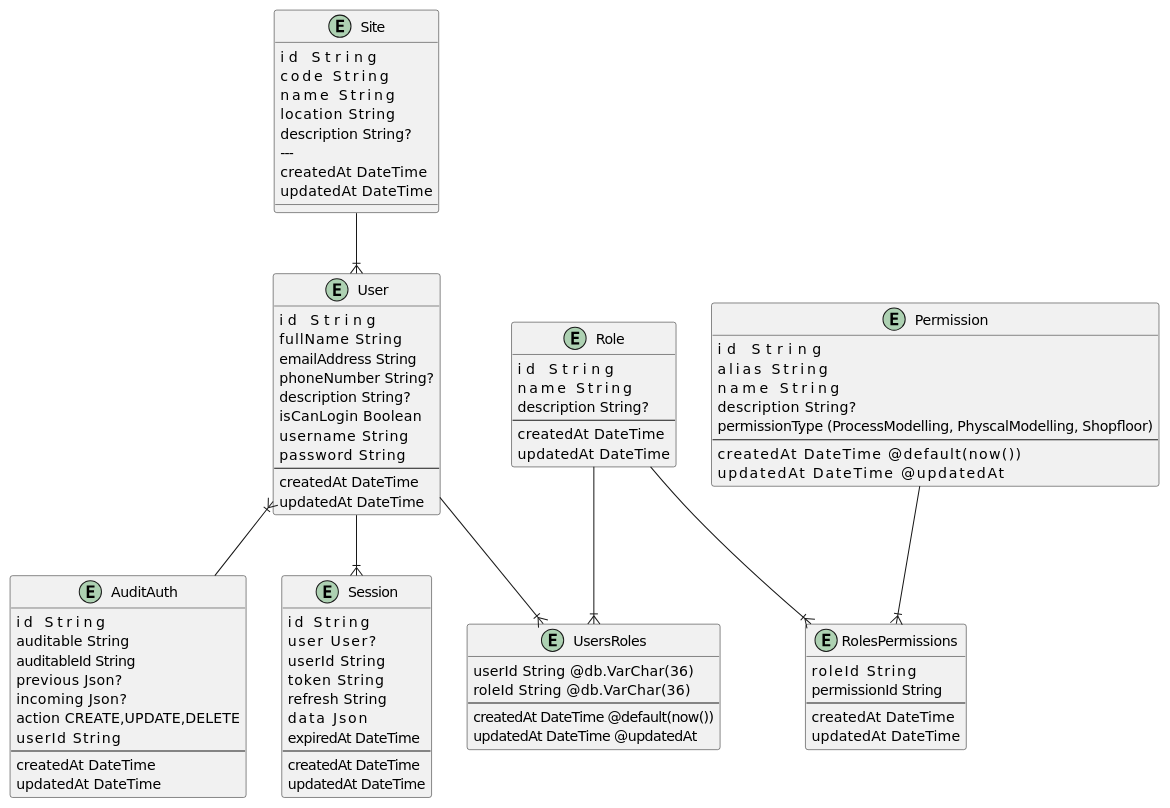
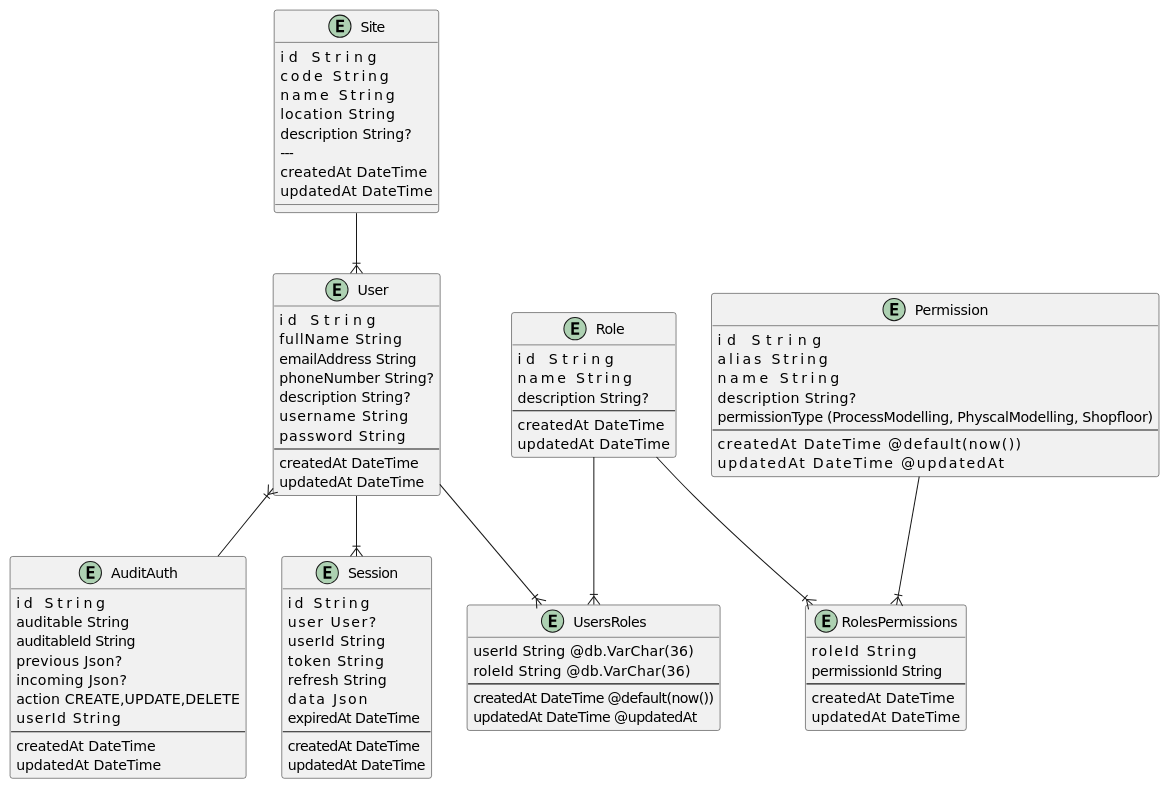
One commit to vechr/auth-service changed the diagram in database/erd-used.wsd. Above: the diagram before and after it, drawn with PlantUML. The commit also changed 15 other files, not shown here.

```diff
--- a/database/erd-used.wsd
+++ b/database/erd-used.wsd
@@ -1,96 +1,95 @@
 @startuml RelationalDB
   entity Site {
     id            String  
     code          String  
     name          String  
     location      String  
     description   String?
     --- 
     createdAt     DateTime
     updatedAt     DateTime
   }
 
   entity AuditAuth {
     id          String
     auditable   String
     auditableId String
     previous    Json?
     incoming    Json?
     action      CREATE,UPDATE,DELETE
     userId      String
     ---
     createdAt   DateTime
     updatedAt   DateTime
   }
 
   entity User {
     id            String
     fullName      String
     emailAddress  String
     phoneNumber   String?
     description   String?
-    isCanLogin    Boolean
     username      String
     password      String
     ---
     createdAt   DateTime
     updatedAt   DateTime
   }
 
   entity UsersRoles {
     userId    String   @db.VarChar(36)
     roleId    String   @db.VarChar(36)
     ---
     createdAt DateTime @default(now())
     updatedAt DateTime @updatedAt
   }
 
   entity Session {
     id        String
     user      User? 
     userId    String
     token     String
     refresh   String
     data      Json
     expiredAt DateTime
     ---
     createdAt DateTime
     updatedAt DateTime
   }
 
   entity RolesPermissions {
     roleId       String  
     permissionId String  
     ---
     createdAt    DateTime
     updatedAt    DateTime
   }
 
   entity Permission {
     id              String
     alias           String
     name            String
     description     String?
     permissionType  (ProcessModelling, PhyscalModelling, Shopfloor)
     ---
     createdAt       DateTime            @default(now())
     updatedAt       DateTime            @updatedAt
   }
 
   entity Role {
     id            String 
     name          String 
     description   String?
     ---
     createdAt     DateTime
     updatedAt     DateTime
   }
   Site --|{ User
   User --|{ Session
   User --|{ UsersRoles
   Role --|{ UsersRoles
   Role --|{ RolesPermissions
   Permission --|{ RolesPermissions
 
   User }|-- AuditAuth
 @enduml
```
